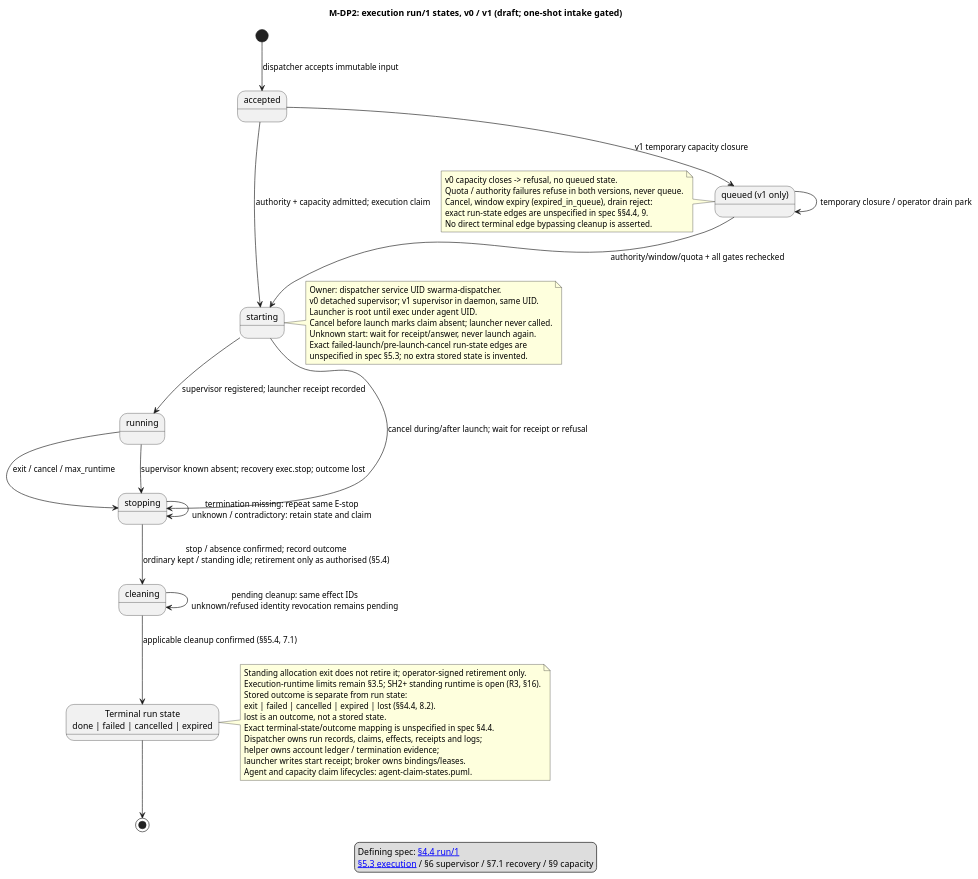
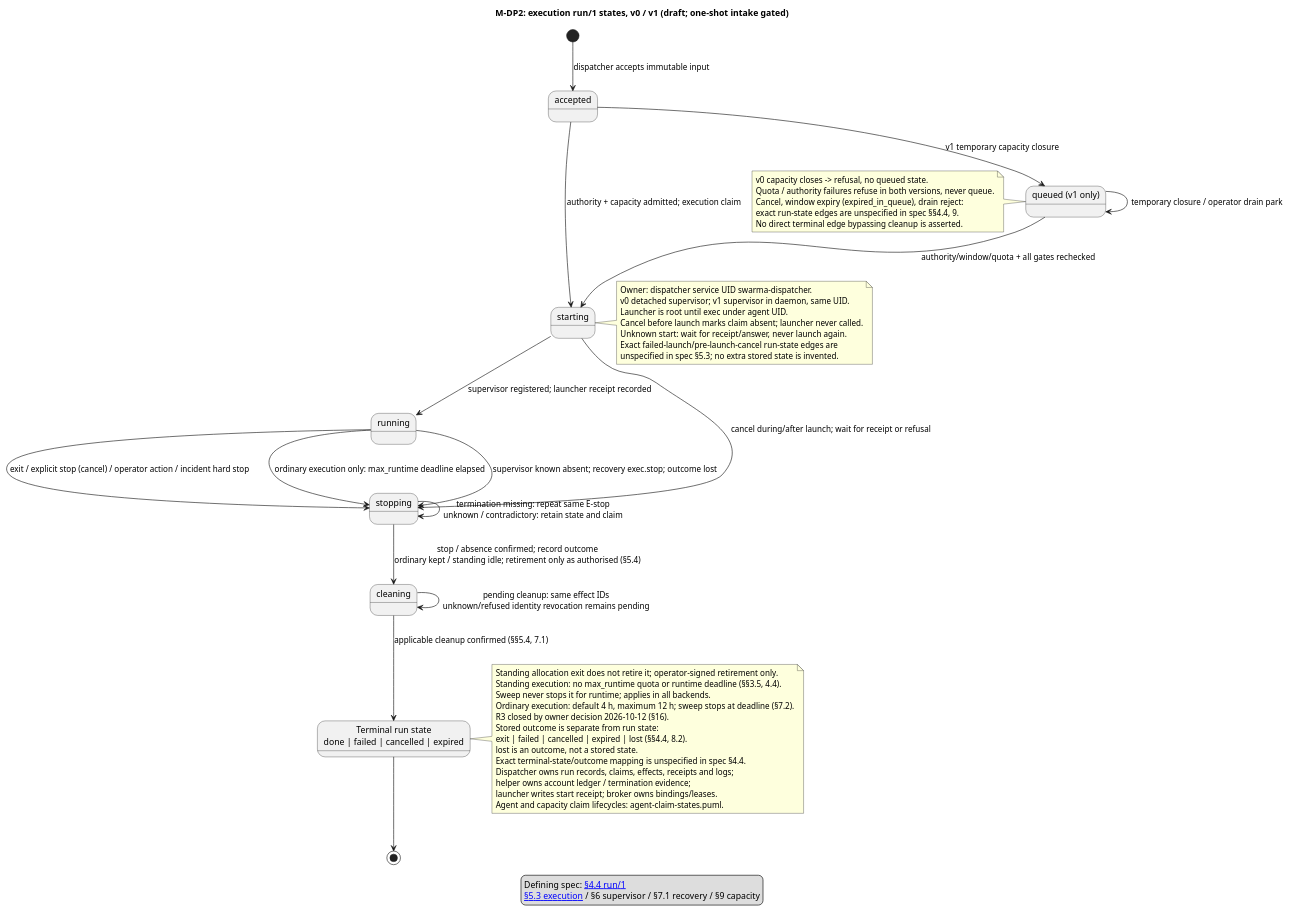
One commit to relux-works/curator-dispatcher changed the diagram in diagrams/run-states.puml. Above: the diagram before and after it, drawn with PlantUML. The commit also changed 9 other files, not shown here.

First line of the commit message:
Standing executions have no preset runtime limit (owner 2026-10-12) (TASK-261012-go3trg)

```diff
--- a/diagrams/run-states.puml
+++ b/diagrams/run-states.puml
@@ -1,56 +1,60 @@
 @startuml run-states
 title M-DP2: execution run/1 states, v0 / v1 (draft; one-shot intake gated)
 state "accepted" as Accepted
 state "queued (v1 only)" as Queued
 state "starting" as Starting
 state "running" as Running
 state "stopping" as Stopping
 state "cleaning" as Cleaning
 state "Terminal run state\ndone | failed | cancelled | expired" as Terminal
 [*] --> Accepted : dispatcher accepts immutable input
 Accepted --> Queued : v1 temporary capacity closure
 Accepted --> Starting : authority + capacity admitted; execution claim
 Queued --> Starting : authority/window/quota + all gates rechecked
 Queued --> Queued : temporary closure / operator drain park
 Starting --> Running : supervisor registered; launcher receipt recorded
 Starting --> Stopping : cancel during/after launch; wait for receipt or refusal
-Running --> Stopping : exit / cancel / max_runtime
+Running --> Stopping : exit / explicit stop (cancel) / operator action / incident hard stop
+Running --> Stopping : ordinary execution only: max_runtime deadline elapsed
 Running --> Stopping : supervisor known absent; recovery exec.stop; outcome lost
 Stopping --> Stopping : termination missing: repeat same E-stop\nunknown / contradictory: retain state and claim
 Stopping --> Cleaning : stop / absence confirmed; record outcome\nordinary kept / standing idle; retirement only as authorised (§5.4)
 Cleaning --> Cleaning : pending cleanup: same effect IDs\nunknown/refused identity revocation remains pending
 Cleaning --> Terminal : applicable cleanup confirmed (§§5.4, 7.1)
 Terminal --> [*]
 note right of Starting
   Owner: dispatcher service UID swarma-dispatcher.
   v0 detached supervisor; v1 supervisor in daemon, same UID.
   Launcher is root until exec under agent UID.
   Cancel before launch marks claim absent; launcher never called.
   Unknown start: wait for receipt/answer, never launch again.
   Exact failed-launch/pre-launch-cancel run-state edges are
   unspecified in spec §5.3; no extra stored state is invented.
 end note
 note left of Queued
   v0 capacity closes -> refusal, no queued state.
   Quota / authority failures refuse in both versions, never queue.
   Cancel, window expiry (expired_in_queue), drain reject:
   exact run-state edges are unspecified in spec §§4.4, 9.
   No direct terminal edge bypassing cleanup is asserted.
 end note
 note right of Terminal
   Standing allocation exit does not retire it; operator-signed retirement only.
-  Execution-runtime limits remain §3.5; SH2+ standing runtime is open (R3, §16).
+  Standing execution: no max_runtime quota or runtime deadline (§§3.5, 4.4).
+  Sweep never stops it for runtime; applies in all backends.
+  Ordinary execution: default 4 h, maximum 12 h; sweep stops at deadline (§7.2).
+  R3 closed by owner decision 2026-10-12 (§16).
   Stored outcome is separate from run state:
   exit | failed | cancelled | expired | lost (§§4.4, 8.2).
   lost is an outcome, not a stored state.
   Exact terminal-state/outcome mapping is unspecified in spec §4.4.
   Dispatcher owns run records, claims, effects, receipts and logs;
   helper owns account ledger / termination evidence;
   launcher writes start receipt; broker owns bindings/leases.
   Agent and capacity claim lifecycles: agent-claim-states.puml.
 end note
 legend
   Defining spec: [[https://github.com/relux-works/swarma-dispatcher/blob/main/spec/dispatcher.md#44-execution-run1 §4.4 run/1]]
   [[https://github.com/relux-works/swarma-dispatcher/blob/main/spec/dispatcher.md#53-execution §5.3 execution]] / §6 supervisor / §7.1 recovery / §9 capacity
 endlegend
 @enduml
```
